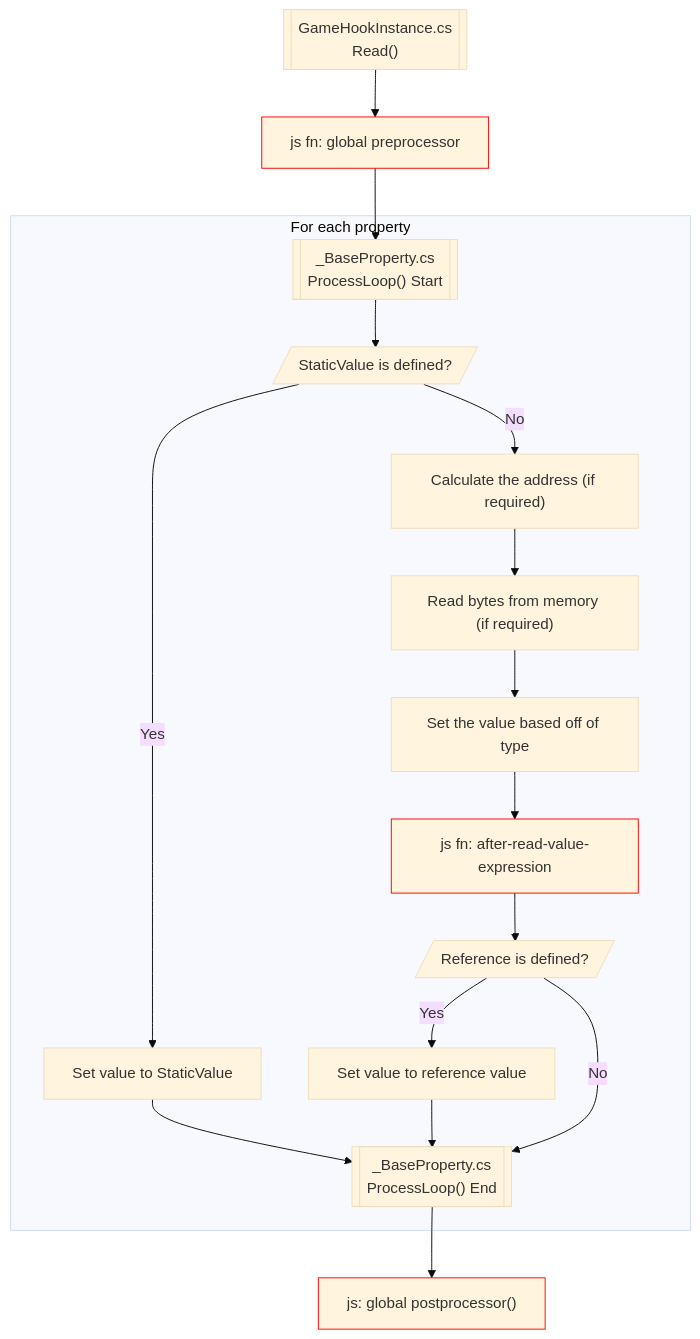
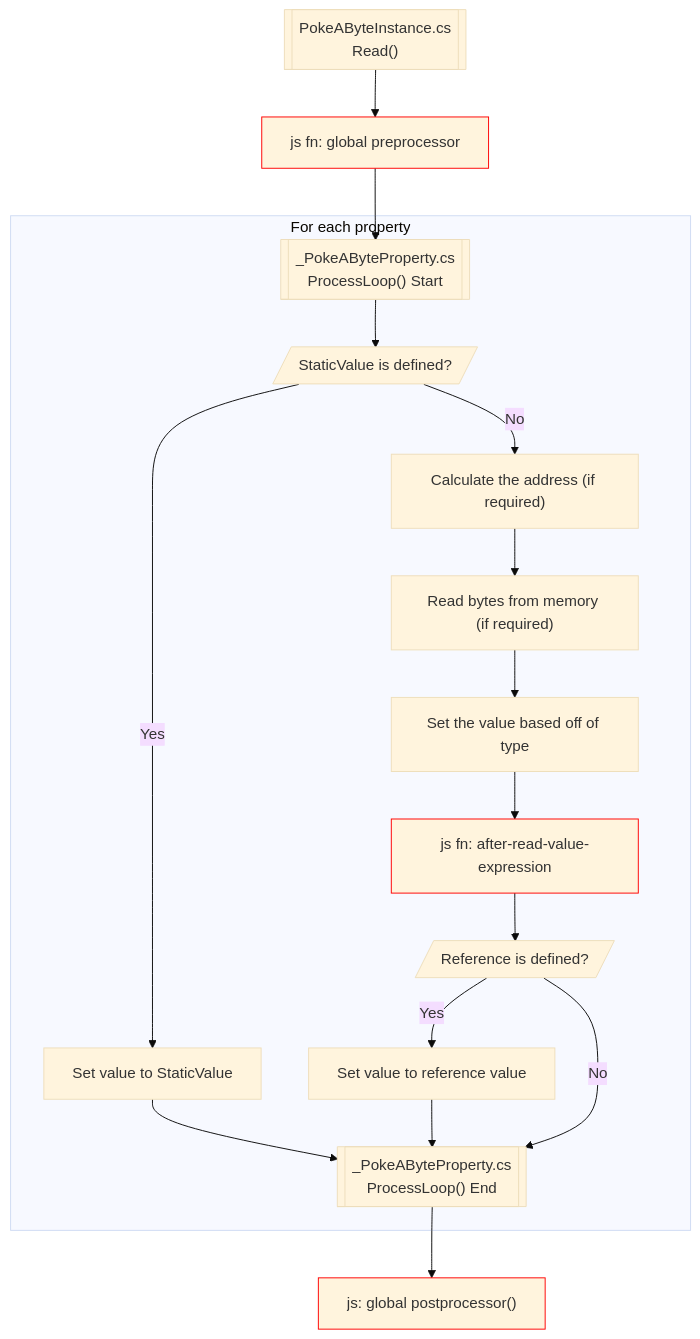
The diagram in docs/read-property.md (PokeAByte/PokeAByte), drawn with Mermaid (base theme) before and after one commit. The commit also changed 10 other files, not shown here.

````diff
--- a/docs/read-property.md
+++ b/docs/read-property.md
@@ -1,28 +1,28 @@
 ```mermaid
 %% Read
 flowchart TB
     classDef js stroke:#f00
 
-    StartRead[["GameHookInstance.cs\nRead()"]] -->
+    StartRead[["PokeAByteInstance.cs\nRead()"]] -->
     JsGlobalPreprocessor[js fn: global preprocessor]:::js --> StartForEachProperty
     subgraph "For each property"
-        StartForEachProperty[["_BaseProperty.cs\nProcessLoop() Start"]] -->
+        StartForEachProperty[["_PokeAByteProperty.cs\nProcessLoop() Start"]] -->
 
         StaticValueQuestion[/StaticValue is defined?/] 
         StaticValueQuestion --> |Yes| StaticValueQuestionY[Set value to StaticValue] --> EndForEachProperty
         StaticValueQuestion --> |No| CalcAddress
         CalcAddress["Calculate the address (if required)"] -->
         ReadBytes["Read bytes from memory (if required)"] -->
 
         ReadValue[Set the value based off of type] -->
         AfterReadValueExpression[js fn: after-read-value-expression]:::js -->
 
         RefIsDefinedQ[/Reference is defined?/] 
         RefIsDefinedQ --> |Yes| RefIsDefinedQY[Set value to reference value] --> EndForEachProperty
         RefIsDefinedQ --> |No| EndForEachProperty
 
-        EndForEachProperty[["_BaseProperty.cs\nProcessLoop() End"]]
+        EndForEachProperty[["_PokeAByteProperty.cs\nProcessLoop() End"]]
     end
     EndForEachProperty --> JsGlobalPostprocessor
     JsGlobalPostprocessor["js: global postprocessor()"]:::js
 ```
````
